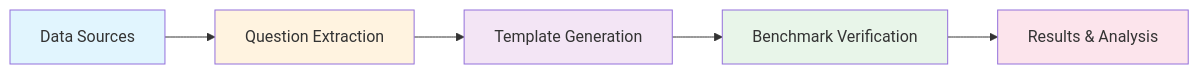
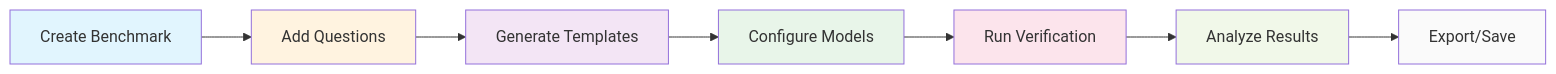
One commit to biocypher/karenina changed the diagram in README.md. Above: the diagram before and after it, drawn with Mermaid. The commit also changed other lines of this file, not shown here.

````diff
--- a/README.md
+++ b/README.md
@@ -113,13 +230,17 @@
 ```mermaid
 graph LR
-    A[Data Sources] --> B[Question Extraction]
-    B --> C[Template Generation]
-    C --> D[Benchmark Verification]
-    D --> E[Results & Analysis]
+    A[Create Benchmark] --> B[Add Questions]
+    B --> C[Generate Templates]
+    C --> D[Configure Models]
+    D --> E[Run Verification]
+    E --> F[Analyze Results]
+    F --> G[Export/Save]
 
     style A fill:#e1f5fe
     style B fill:#fff3e0
     style C fill:#f3e5f5
     style D fill:#e8f5e9
     style E fill:#fce4ec
+    style F fill:#f1f8e9
+    style G fill:#fafafa
 ```
````
